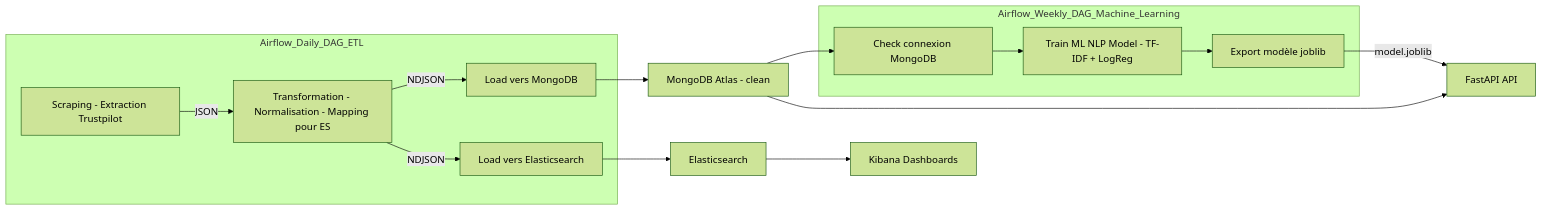
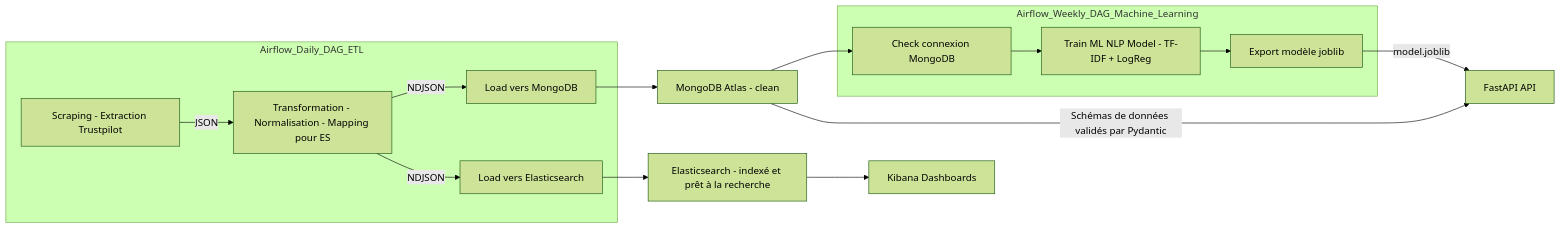
The diagram in README.md (AbderraoufBou14/trustpilot-sentiment-data-pipeline), drawn with Mermaid (forest theme) before and after one commit.

Commit message:
Revise Elasticsearch description and data flow
Updated Elasticsearch label and clarified data flow.

````diff
--- a/README.md
+++ b/README.md
@@ -27,35 +27,35 @@
 ```mermaid
 flowchart LR
     %% --- Daily DAG ---
     subgraph D[Airflow_Daily_DAG_ETL]
         D1[Scraping - Extraction Trustpilot]
         D2[Transformation - Normalisation - Mapping pour ES]
         D3[Load vers MongoDB]
         D4[Load vers Elasticsearch]
         D1 --> |JSON| D2
         D2 --> |NDJSON| D3
         D2 --> |NDJSON| D4
     end
 
     %% --- Weekly DAG ---
     subgraph subgraph W[Airflow_Weekly_DAG_Machine_Learning]
         W1[Check connexion MongoDB]
         W2[Train ML NLP Model - TF-IDF + LogReg]
         W3[Export modèle joblib]
         W1 --> W2 --> W3
     end
 
     %% --- Bases et services ---
     M[MongoDB Atlas - clean]
-    E[Elasticsearch]
+    E[Elasticsearch - indexé et prêt à la recherche]
     G[FastAPI API]
     K[Kibana Dashboards]
 
     %% --- Flux de données ---
     D3 --> M
     D4 --> E
     M --> W1
-    M --> G
+    M --> |Schémas de données validés par Pydantic| G
     W3 --> |model.joblib| G
     E --> K
 ```
````
